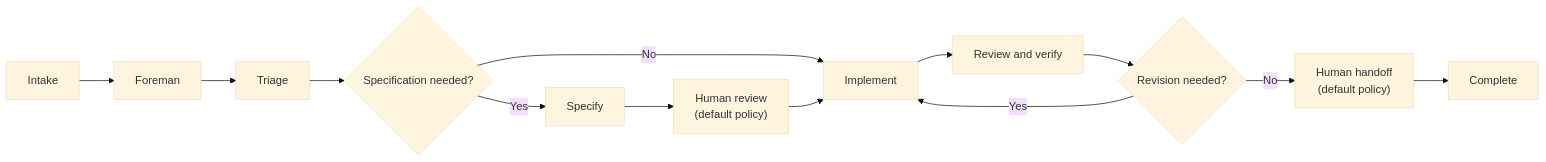
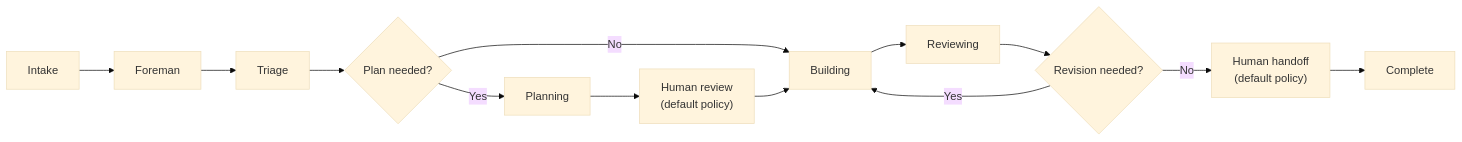
Before and after one commit to warpdotdev/docs: the diagram in src/content/docs/factories/how-factories-work.mdx, drawn with Mermaid (base theme). The commit also changed other lines of this file and 8 other files, not shown here.

````diff
--- a/src/content/docs/factories/how-factories-work.mdx
+++ b/src/content/docs/factories/how-factories-work.mdx
@@ -28,15 +28,15 @@
 ```mermaid
 flowchart LR
   Intake[Intake] --> Foreman[Foreman]
   Foreman --> Triage[Triage]
-  Triage --> Decision{Specification needed?}
-  Decision -->|Yes| Spec[Specify]
-  Decision -->|No| Implement[Implement]
-  Spec --> Approval["Human review<br/>(default policy)"]
-  Approval --> Implement
-  Implement --> Review[Review and verify]
-  Review --> Revision{Revision needed?}
-  Revision -->|Yes| Implement
+  Triage --> Decision{Plan needed?}
+  Decision -->|Yes| Planning[Planning]
+  Decision -->|No| Building[Building]
+  Planning --> Approval["Human review<br/>(default policy)"]
+  Approval --> Building
+  Building --> Reviewing[Reviewing]
+  Reviewing --> Revision{Revision needed?}
+  Revision -->|Yes| Building
   Revision -->|No| Handoff["Human handoff<br/>(default policy)"]
   Handoff --> Complete[Complete]
 ```
````
